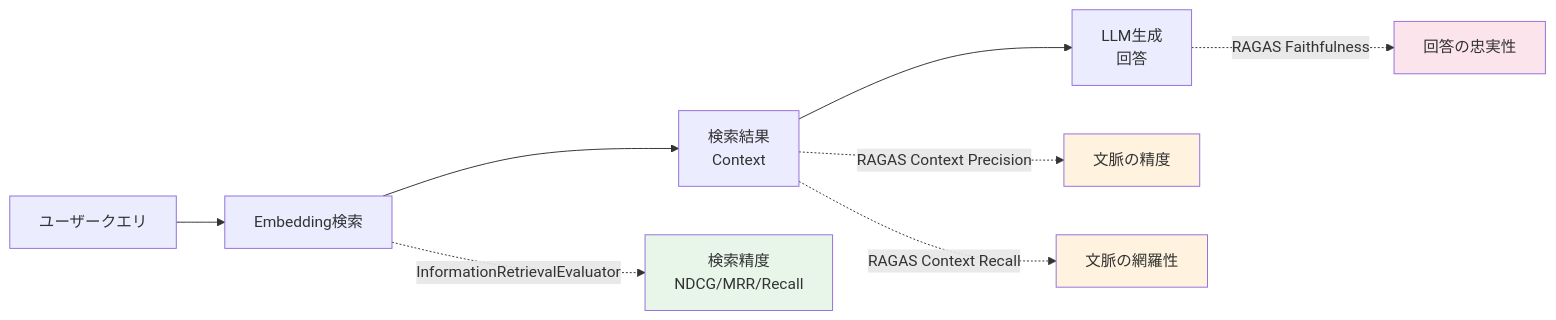
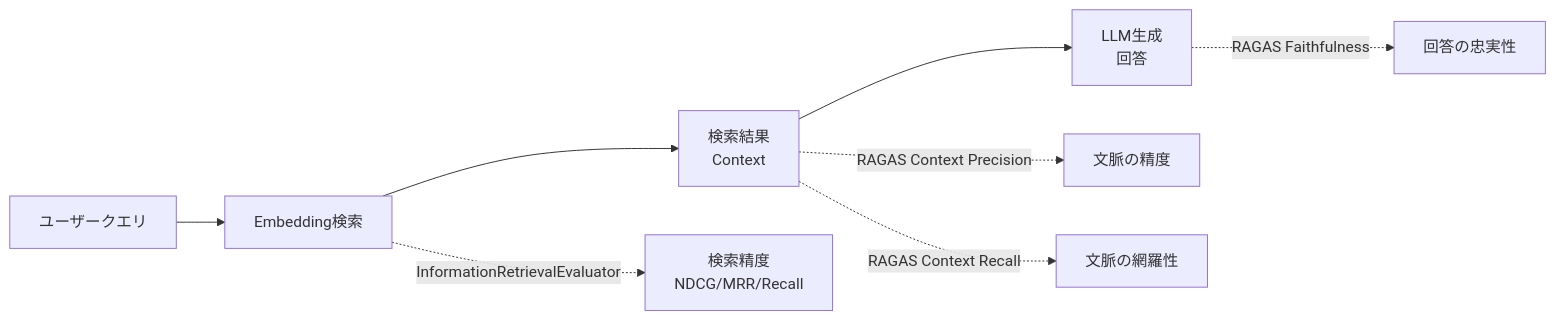
The first of 2 diagrams in articles/db325cb1cb2e24.md (0h-n0/zenn-contents), drawn with Mermaid before and after one commit. The commit also changed other lines of this file and 13 other files, not shown here.

First line of the commit message:
fix: Mermaidダイアグラムのカスタムスタイル(fill/stroke/color)を削除

````diff
--- a/articles/db325cb1cb2e24.md
+++ b/articles/db325cb1cb2e24.md
@@ -400,16 +400,12 @@
 ```mermaid
 graph LR
     A[ユーザークエリ] --> B[Embedding検索]
     B --> C[検索結果<br/>Context]
     C --> D[LLM生成<br/>回答]
 
     B -.->|InformationRetrievalEvaluator| E[検索精度<br/>NDCG/MRR/Recall]
     C -.->|RAGAS Context Precision| F[文脈の精度]
     C -.->|RAGAS Context Recall| G[文脈の網羅性]
     D -.->|RAGAS Faithfulness| H[回答の忠実性]
 
-    style E fill:#e8f5e9
-    style F fill:#fff3e0
-    style G fill:#fff3e0
-    style H fill:#fce4ec
 ```
````
